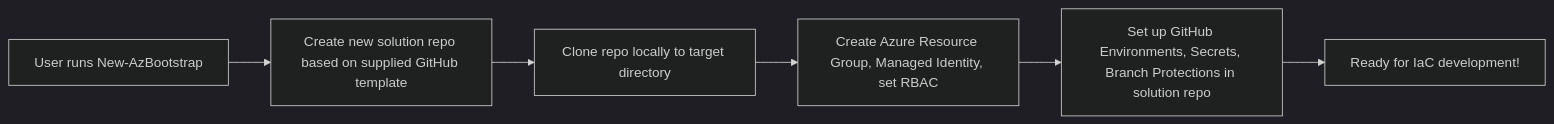
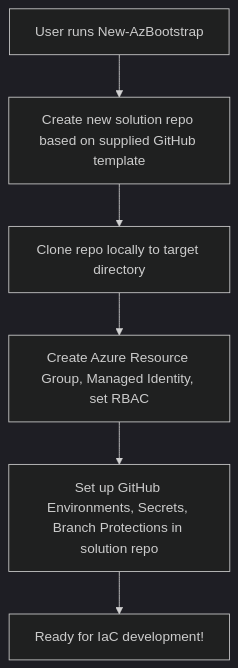
Before and after one commit to kewalaka/az-bootstrap: the diagram in DESIGN.md, drawn with Mermaid (dark theme). The commit also changed 1 other file, not shown here.

Commit message:
fix: alternative mermaid diagram

````diff
--- a/DESIGN.md
+++ b/DESIGN.md
@@ -35,8 +35,8 @@
 ```mermaid
-flowchart LR
+flowchart TD
     A[User runs New-AzBootstrap] --> B[Create new solution repo based on supplied GitHub template]
     B --> C[Clone repo locally to target directory]
     C --> D[Create Azure Resource Group, Managed Identity, set RBAC]
     D --> E[Set up GitHub Environments, Secrets, Branch Protections in solution repo]
     E --> F[Ready for IaC development!]
 ```
````
